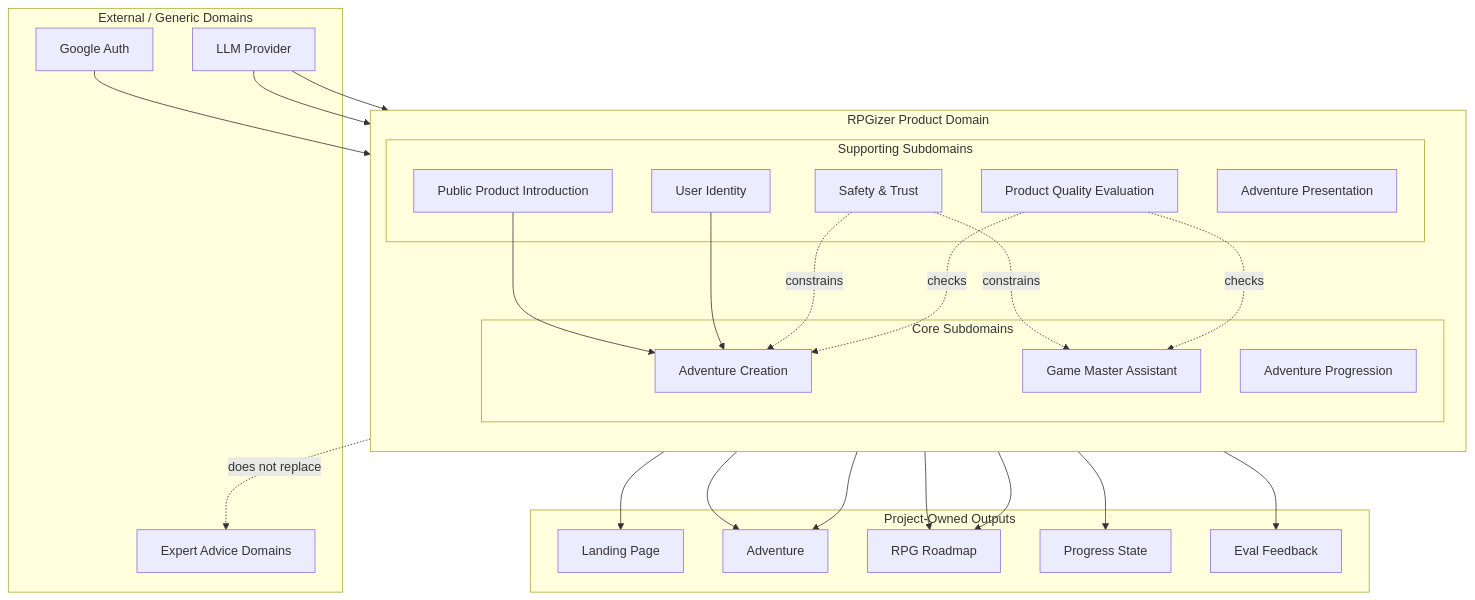
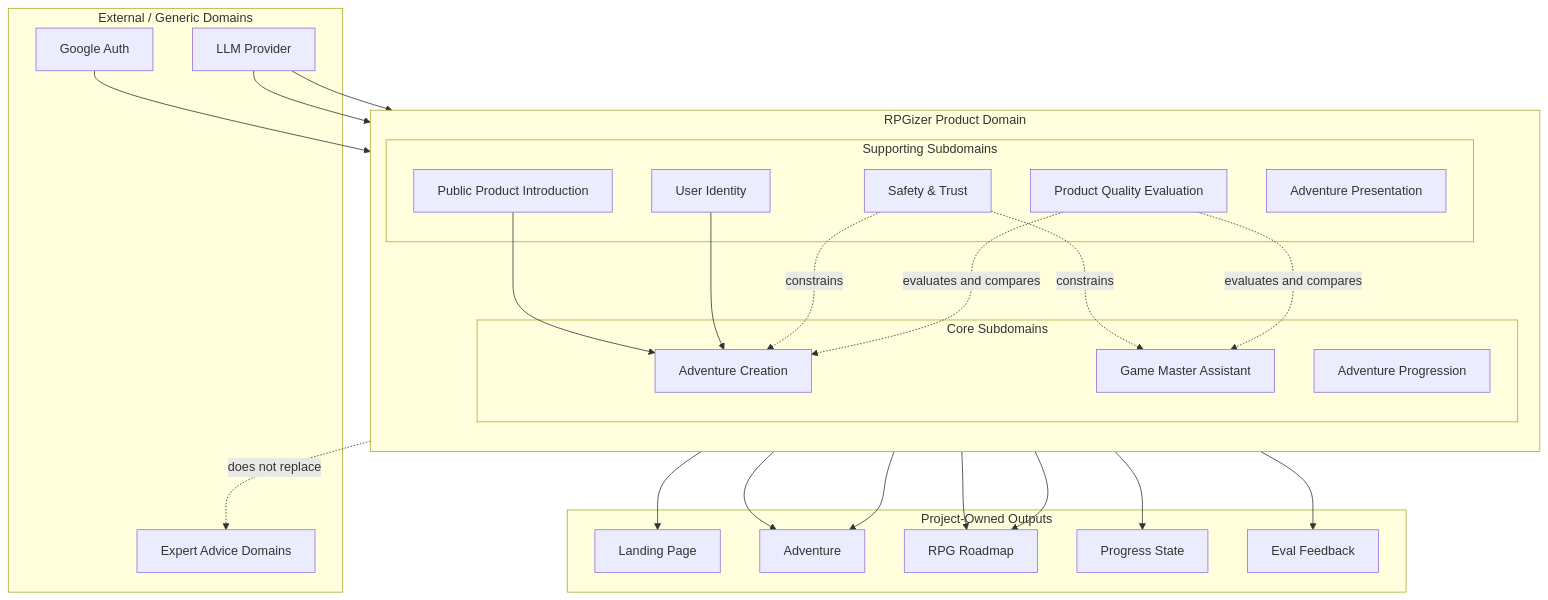
The first of 2 diagrams in docs/business-domain-model.md (juank11memphis/rpgizer), drawn with Mermaid before and after one commit. The commit also changed other lines of this file and 3 other files, not shown here.

````diff
--- a/docs/business-domain-model.md
+++ b/docs/business-domain-model.md
@@ -110,52 +119,52 @@
 ```mermaid
 flowchart TB
   subgraph ProductDomain["RPGizer Product Domain"]
     direction TB
 
     subgraph Core["Core Subdomains"]
       Creation["Adventure Creation"]
       Progression["Adventure Progression"]
       Adaptation["Game Master Assistant"]
     end
 
     subgraph Supporting["Supporting Subdomains"]
       PublicIntro["Public Product Introduction"]
       Identity["User Identity"]
       Presentation["Adventure Presentation"]
       Trust["Safety & Trust"]
       QualityEval["Product Quality Evaluation"]
     end
   end
 
   subgraph ProjectOwned["Project-Owned Outputs"]
     Landing["Landing Page"]
     Adventure["Adventure"]
     Roadmap["RPG Roadmap"]
     Progress["Progress State"]
     EvalFeedback["Eval Feedback"]
   end
 
   subgraph External["External / Generic Domains"]
     Google["Google Auth"]
     LLM["LLM Provider"]
     Expert["Expert Advice Domains"]
   end
 
   PublicIntro --> Landing
   PublicIntro --> Creation
   Identity --> Creation
   Creation --> Adventure
   Creation --> Roadmap
   Progression --> Progress
   Adaptation --> Roadmap
   Presentation --> Adventure
   Trust -. constrains .-> Creation
   Trust -. constrains .-> Adaptation
-  QualityEval -. checks .-> Creation
-  QualityEval -. checks .-> Adaptation
+  QualityEval -. evaluates and compares .-> Creation
+  QualityEval -. evaluates and compares .-> Adaptation
   QualityEval --> EvalFeedback
   Google --> Identity
   LLM --> Creation
   LLM --> Adaptation
   ProductDomain -. does not replace .-> Expert
 ```
````
